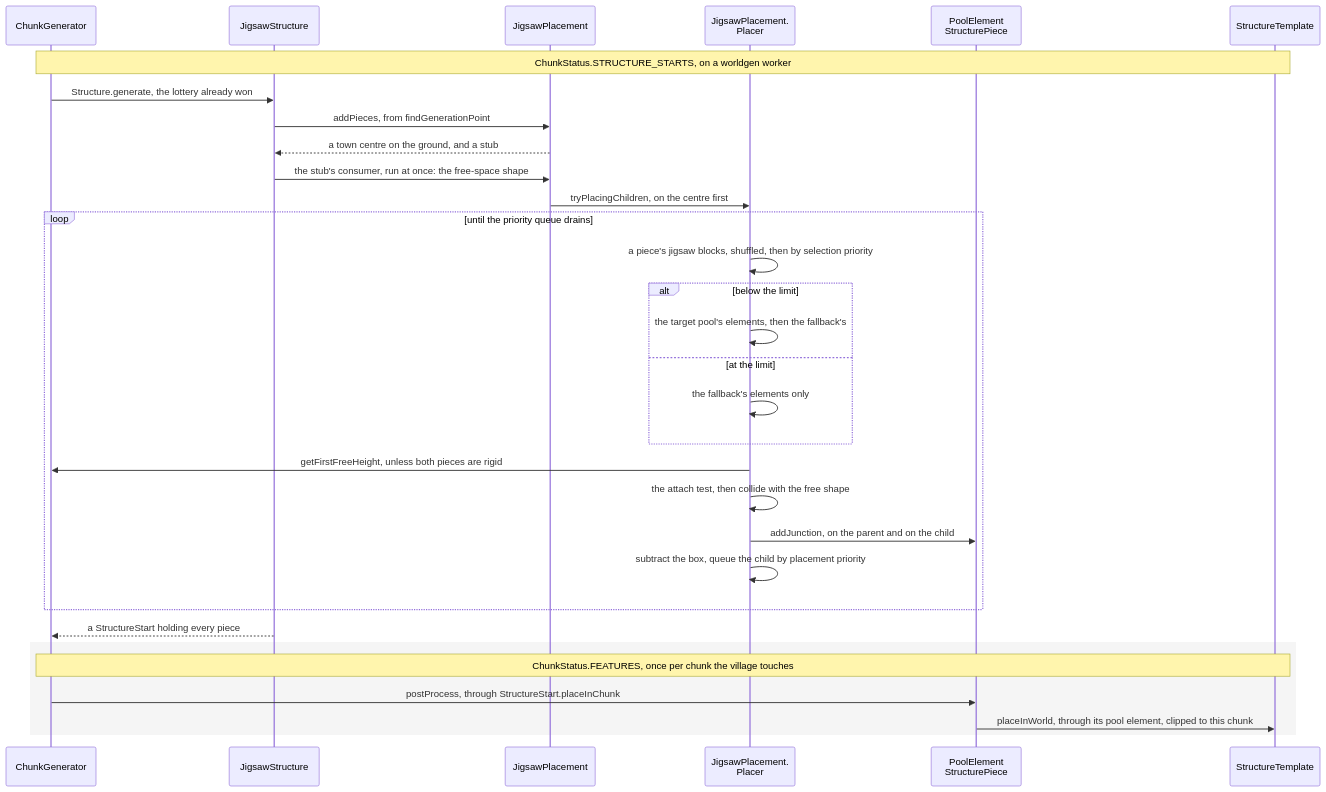
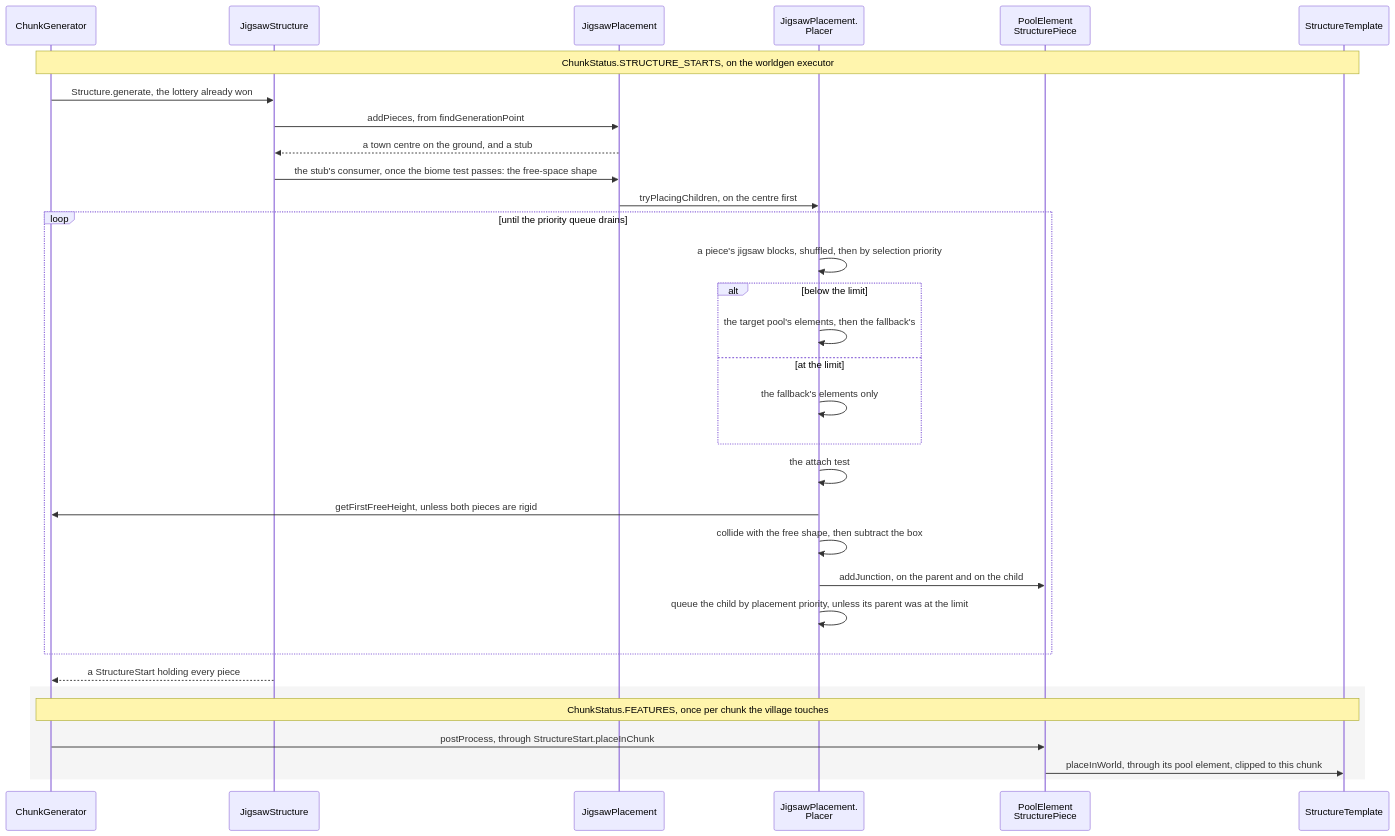
One commit to AlexanderjFraser/MinecraftDocs changed the diagram in src/systems/worldgen/jigsaw-and-templates.md. Above: the diagram before and after it, drawn with Mermaid. The commit also changed other lines of this file and 25 other files, not shown here.

````diff
--- a/src/systems/worldgen/jigsaw-and-templates.md
+++ b/src/systems/worldgen/jigsaw-and-templates.md
@@ -46,34 +46,35 @@
 ```mermaid
 sequenceDiagram
     participant ChunkG as ChunkGenerator
     participant JS as JigsawStructure
     participant JP as JigsawPlacement
     participant JPP as JigsawPlacement.<br/>Placer
     participant PESP as PoolElement<br/>StructurePiece
     participant STemp as StructureTemplate
 
-    Note over ChunkG,STemp: ChunkStatus.STRUCTURE_STARTS, on a worldgen worker
+    Note over ChunkG,STemp: ChunkStatus.STRUCTURE_STARTS, on the worldgen executor
     ChunkG->>JS: Structure.generate, the lottery already won
     JS->>JP: addPieces, from findGenerationPoint
     JP-->>JS: a town centre on the ground, and a stub
-    JS->>JP: the stub's consumer, run at once: the free-space shape
+    JS->>JP: the stub's consumer, once the biome test passes: the free-space shape
     JP->>JPP: tryPlacingChildren, on the centre first
     loop until the priority queue drains
         JPP->>JPP: a piece's jigsaw blocks, shuffled, then by selection priority
         alt below the limit
             JPP->>JPP: the target pool's elements, then the fallback's
         else at the limit
             JPP->>JPP: the fallback's elements only
         end
+        JPP->>JPP: the attach test
         JPP->>ChunkG: getFirstFreeHeight, unless both pieces are rigid
-        JPP->>JPP: the attach test, then collide with the free shape
+        JPP->>JPP: collide with the free shape, then subtract the box
         JPP->>PESP: addJunction, on the parent and on the child
-        JPP->>JPP: subtract the box, queue the child by placement priority
+        JPP->>JPP: queue the child by placement priority, unless its parent was at the limit
     end
     JS-->>ChunkG: a StructureStart holding every piece
     rect rgba(0, 0, 0, 0.04)
     Note over ChunkG,STemp: ChunkStatus.FEATURES, once per chunk the village touches
     ChunkG->>PESP: postProcess, through StructureStart.placeInChunk
     PESP->>STemp: placeInWorld, through its pool element, clipped to this chunk
     end
 ```
````
